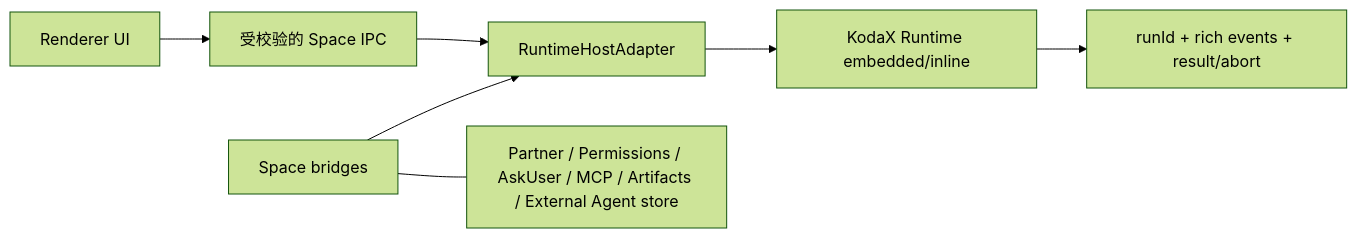
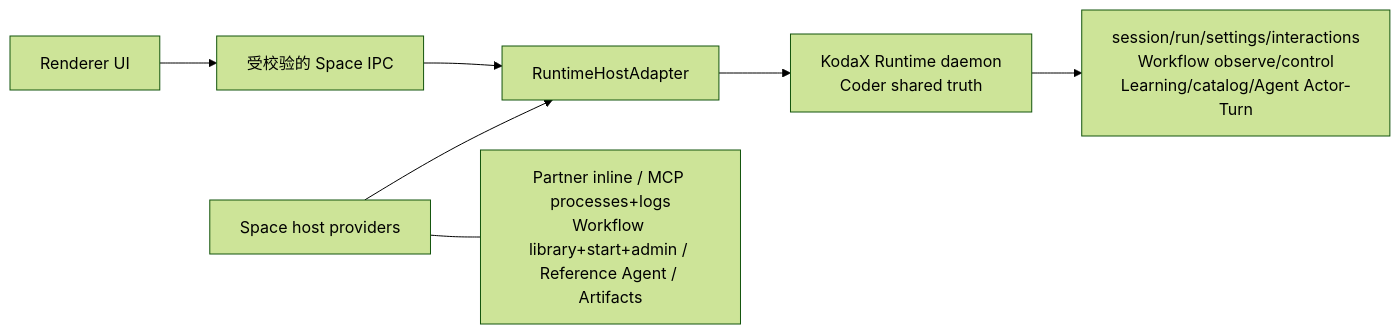
Before and after one commit to icetomoyo/KodaX-Space: the third of 6 diagrams in docs/USER_MANUAL.zh-CN.md, drawn with Mermaid (forest theme). The commit also changed other lines of this file and 16 other files, not shown here.

````diff
--- a/docs/USER_MANUAL.zh-CN.md
+++ b/docs/USER_MANUAL.zh-CN.md
@@ -153,9 +153,9 @@
 ```mermaid
 flowchart LR
     UI["Renderer UI"] --> IPC["受校验的 Space IPC"]
     IPC --> Host["RuntimeHostAdapter"]
-    Host --> RT["KodaX Runtime embedded/inline"]
-    RT --> Run["runId + rich events + result/abort"]
-    Bridge["Space bridges"] --> Host
-    Bridge --- P["Partner / Permissions / AskUser / MCP / Artifacts / External Agent store"]
+    Host --> RT["KodaX Runtime daemon<br/>Coder shared truth"]
+    RT --> Run["session/run/settings/interactions<br/>Workflow observe/control<br/>Learning/catalog/Agent Actor-Turn"]
+    Bridge["Space host providers"] --> Host
+    Bridge --- P["Partner inline / MCP processes+logs<br/>Workflow library+start+admin / Reference Agent / Artifacts"]
 ```
````
